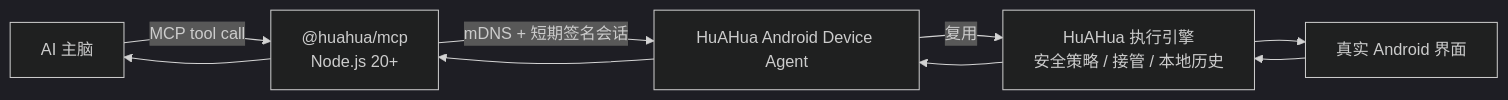
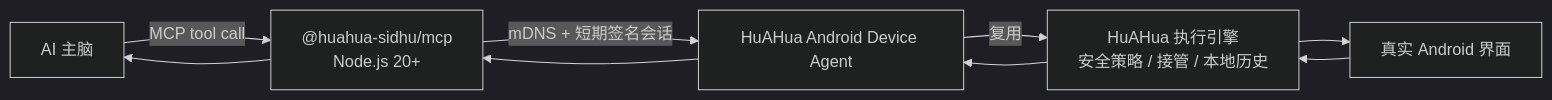
One commit to sidhu-master/huahua-device-runtime changed the diagram in mcp-bootstrap/README.md. Above: the diagram before and after it, drawn with Mermaid (dark theme). The commit also changed other lines of this file and 3 other files, not shown here.

Commit message:
fix: use huahua sidhu MCP package scope

````diff
--- a/mcp-bootstrap/README.md
+++ b/mcp-bootstrap/README.md
@@ -12,8 +12,8 @@
 ```mermaid
 flowchart LR
-    AI["AI 主脑"] -->|"MCP tool call"| MCP["@huahua/mcp\nNode.js 20+"]
+    AI["AI 主脑"] -->|"MCP tool call"| MCP["@huahua-sidhu/mcp\nNode.js 20+"]
     MCP -->|"mDNS + 短期签名会话"| PHONE["HuAHua Android Device Agent"]
     PHONE -->|"复用"| ENGINE["HuAHua 执行引擎\n安全策略 / 接管 / 本地历史"]
     ENGINE --> UI["真实 Android 界面"]
     UI --> ENGINE --> PHONE --> MCP --> AI
 ```
````
